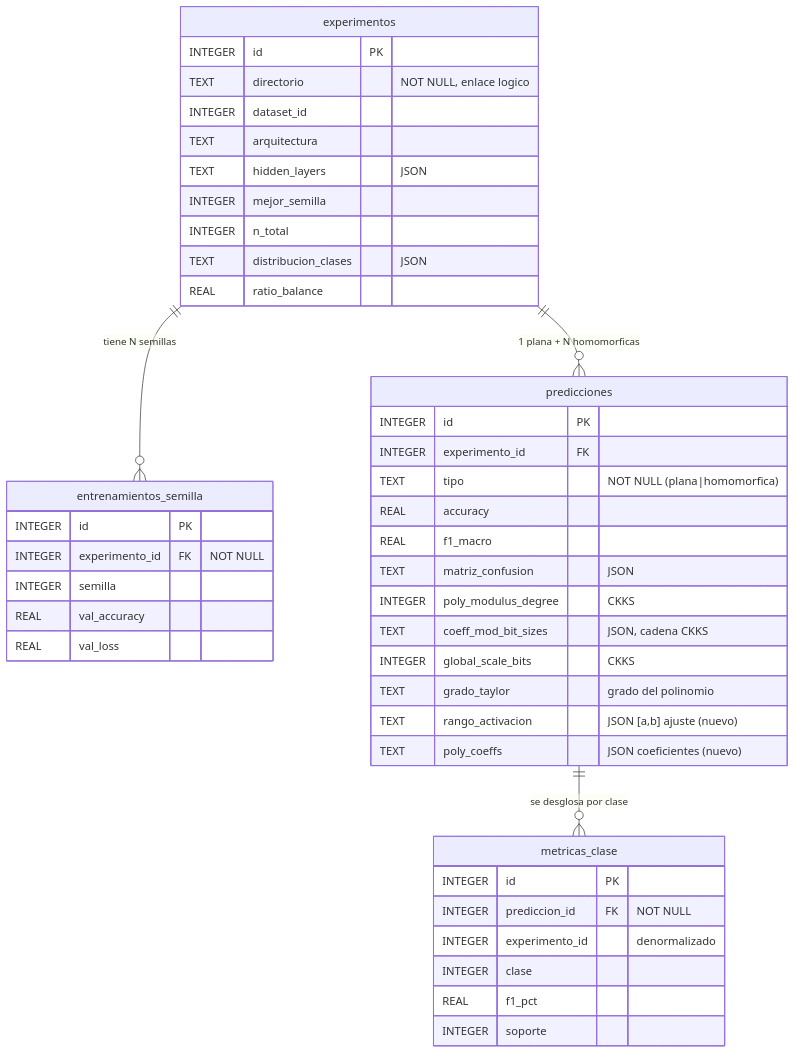
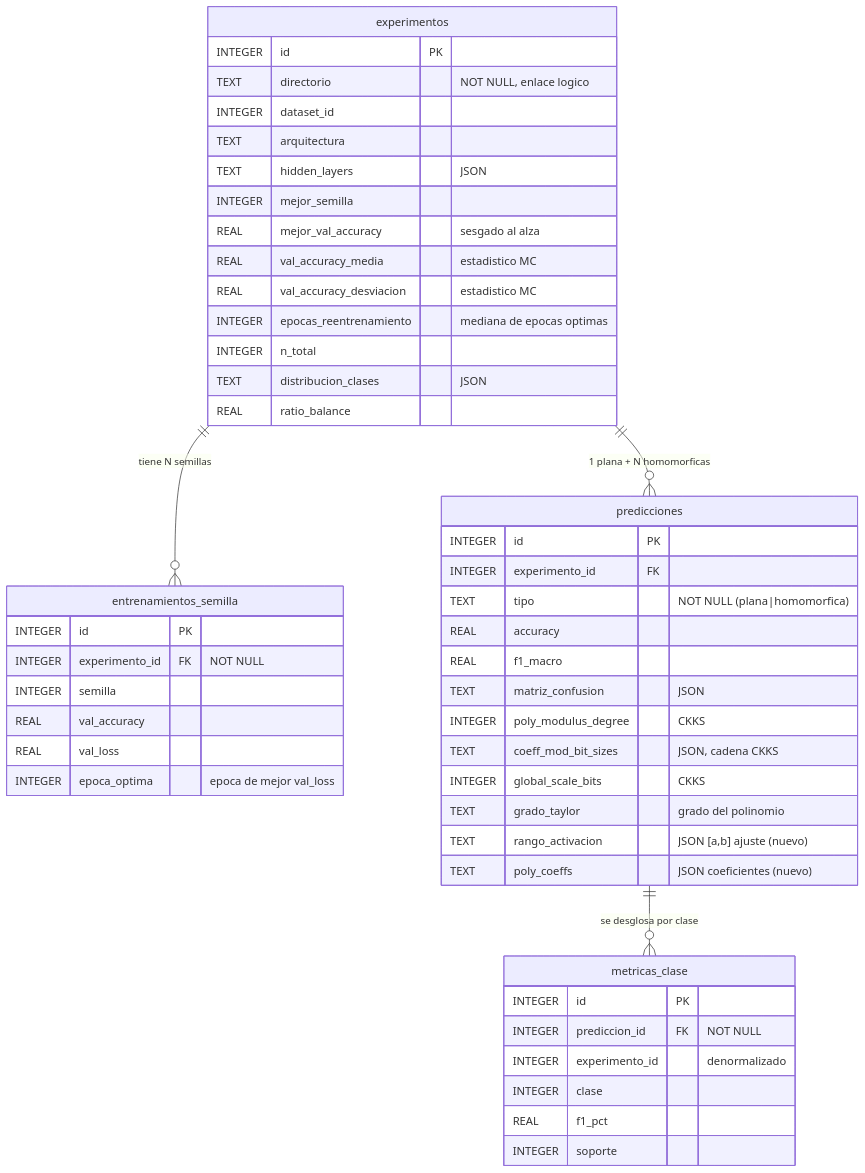
One commit to Inurria979/Homomorphic-Encription changed the diagram in Homomorphic Encription/ESQUEMA_BD.md. Above: the diagram before and after it, drawn with Mermaid. The commit also changed other lines of this file and 19 other files, not shown here.

````diff
--- a/Homomorphic Encription/ESQUEMA_BD.md
+++ b/Homomorphic Encription/ESQUEMA_BD.md
@@ -22,47 +22,52 @@
 ```mermaid
 erDiagram
     experimentos ||--o{ entrenamientos_semilla : "tiene N semillas"
     experimentos ||--o{ predicciones          : "1 plana + N homomorficas"
     predicciones ||--o{ metricas_clase         : "se desglosa por clase"
 
     experimentos {
         INTEGER id PK
         TEXT    directorio "NOT NULL, enlace logico"
         INTEGER dataset_id
         TEXT    arquitectura
         TEXT    hidden_layers "JSON"
         INTEGER mejor_semilla
+        REAL    mejor_val_accuracy "sesgado al alza"
+        REAL    val_accuracy_media "estadistico MC"
+        REAL    val_accuracy_desviacion "estadistico MC"
+        INTEGER epocas_reentrenamiento "mediana de epocas optimas"
         INTEGER n_total
         TEXT    distribucion_clases "JSON"
         REAL    ratio_balance
     }
     entrenamientos_semilla {
         INTEGER id PK
         INTEGER experimento_id FK "NOT NULL"
         INTEGER semilla
         REAL    val_accuracy
         REAL    val_loss
+        INTEGER epoca_optima "epoca de mejor val_loss"
     }
     predicciones {
         INTEGER id PK
         INTEGER experimento_id FK
         TEXT    tipo "NOT NULL (plana|homomorfica)"
         REAL    accuracy
         REAL    f1_macro
         TEXT    matriz_confusion "JSON"
         INTEGER poly_modulus_degree "CKKS"
         TEXT    coeff_mod_bit_sizes "JSON, cadena CKKS"
         INTEGER global_scale_bits "CKKS"
         TEXT    grado_taylor "grado del polinomio"
         TEXT    rango_activacion "JSON [a,b] ajuste (nuevo)"
         TEXT    poly_coeffs "JSON coeficientes (nuevo)"
     }
     metricas_clase {
         INTEGER id PK
         INTEGER prediccion_id FK "NOT NULL"
         INTEGER experimento_id "denormalizado"
         INTEGER clase
         REAL    f1_pct
         INTEGER soporte
     }
 ```
````
